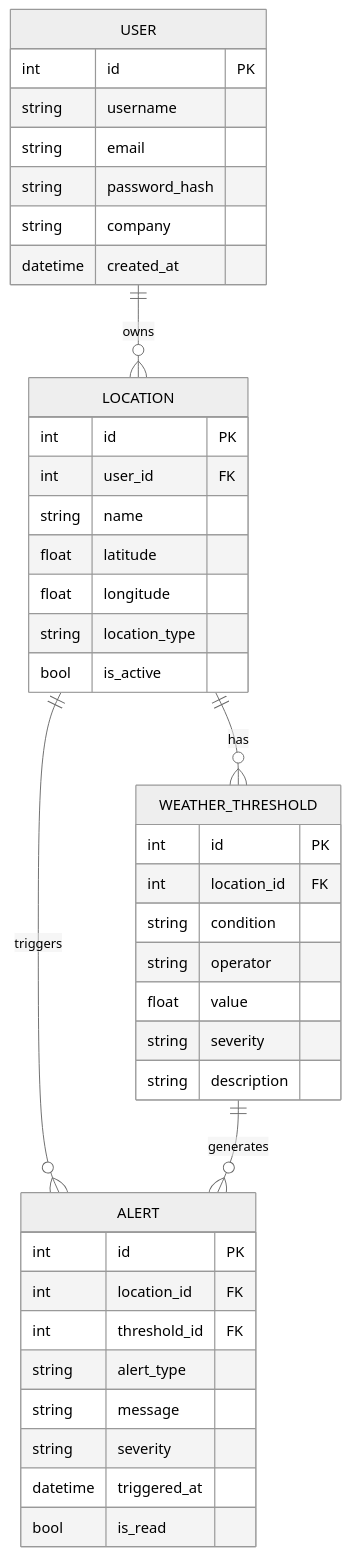
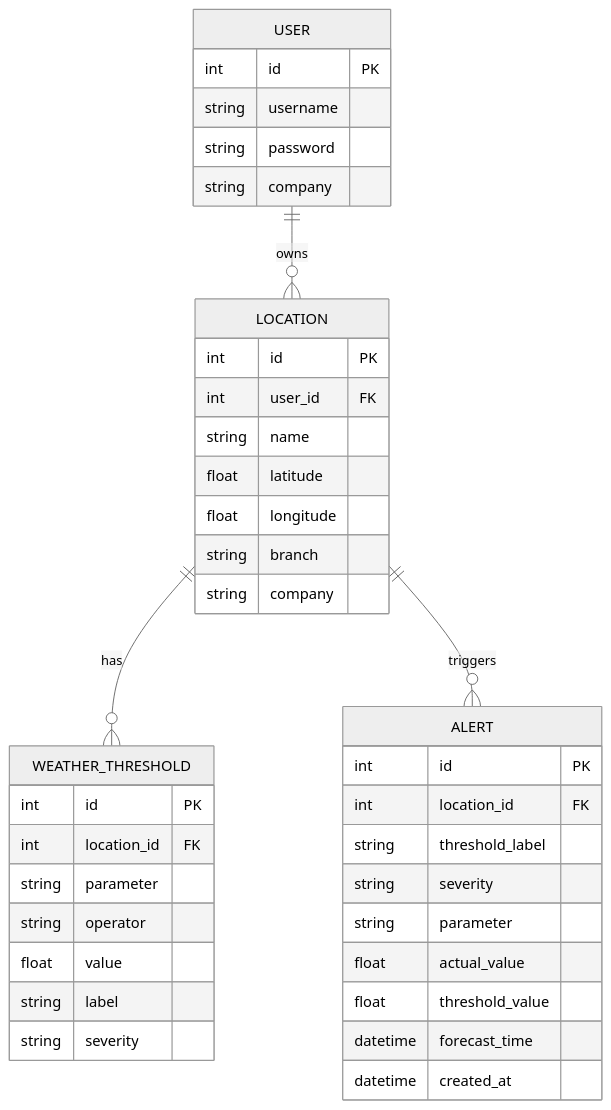
The second of 2 diagrams in README.md (xynabil/WeatherGuard), drawn with Mermaid (neutral theme) before and after one commit. The commit also changed other lines of this file and 1 other file, not shown here.

````diff
--- a/README.md
+++ b/README.md
@@ -128,47 +128,45 @@
 ```mermaid
 erDiagram
   USER {
     int id PK
     string username
-    string email
-    string password_hash
+    string password
     string company
-    datetime created_at
   }
 
   LOCATION {
     int id PK
     int user_id FK
     string name
     float latitude
     float longitude
-    string location_type
-    bool is_active
+    string branch
+    string company
   }
 
   WEATHER_THRESHOLD {
     int id PK
     int location_id FK
-    string condition
+    string parameter
     string operator
     float value
+    string label
     string severity
-    string description
   }
 
   ALERT {
     int id PK
     int location_id FK
-    int threshold_id FK
-    string alert_type
-    string message
+    string threshold_label
     string severity
-    datetime triggered_at
-    bool is_read
+    string parameter
+    float actual_value
+    float threshold_value
+    datetime forecast_time
+    datetime created_at
   }
 
   USER ||--o{ LOCATION : "owns"
   LOCATION ||--o{ WEATHER_THRESHOLD : "has"
   LOCATION ||--o{ ALERT : "triggers"
-  WEATHER_THRESHOLD ||--o{ ALERT : "generates"
 ```
````
